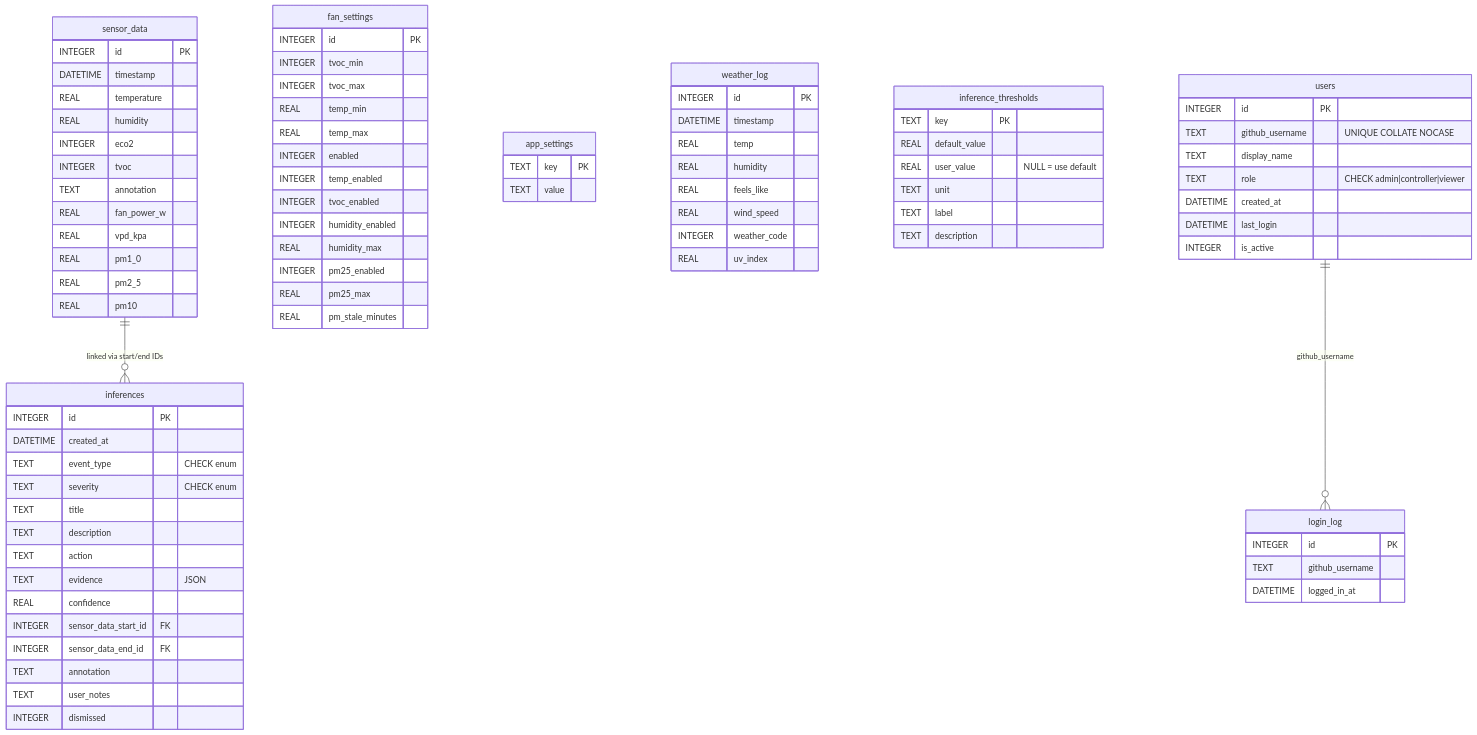
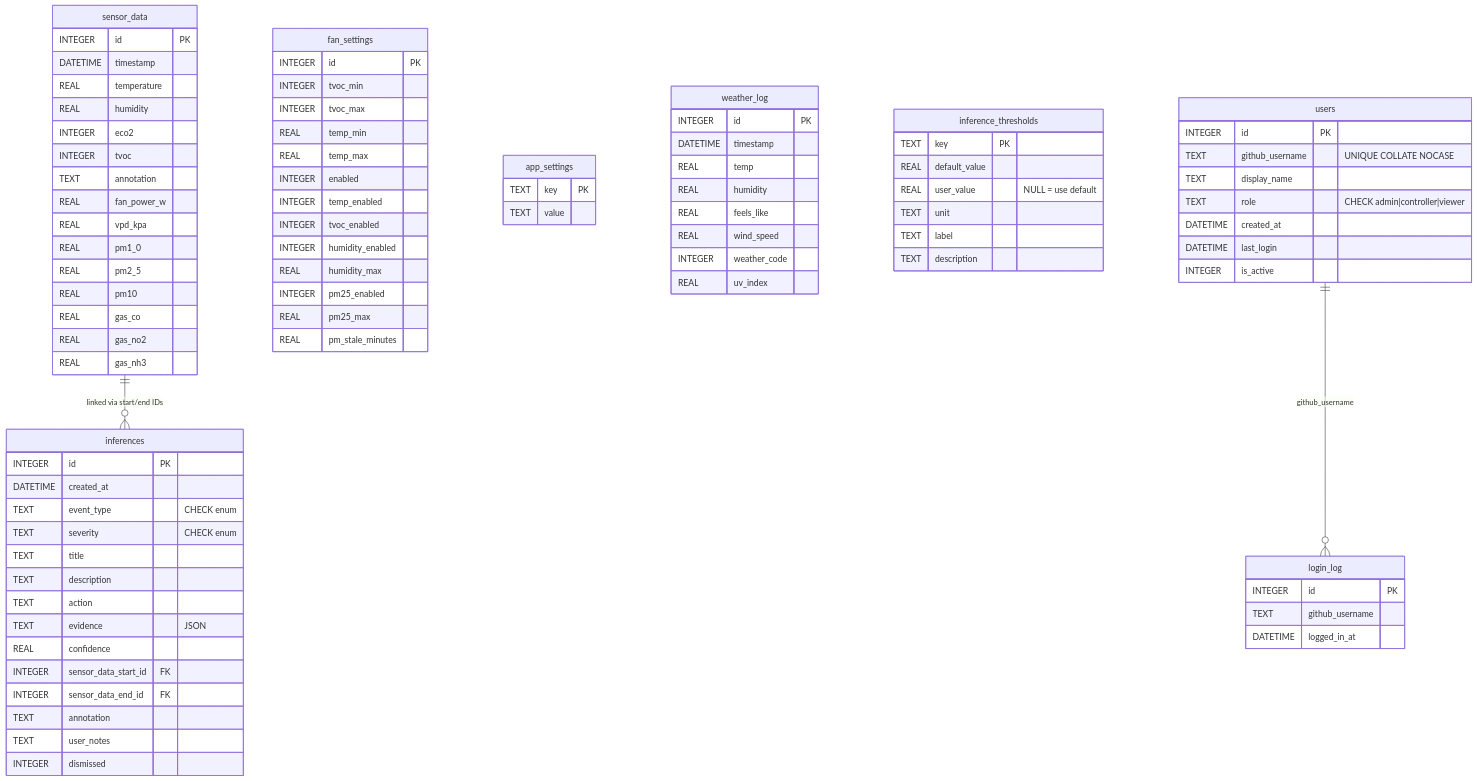
Before and after one commit to Ryan-be/mars-air-quility: the third of 5 diagrams in readme.md, drawn with Mermaid. The commit also changed other lines of this file and 15 other files, not shown here.

```diff
--- a/readme.md
+++ b/readme.md
@@ -251,6 +268,9 @@
         REAL pm1_0
         REAL pm2_5
         REAL pm10
+        REAL gas_co
+        REAL gas_no2
+        REAL gas_nh3
     }
 
     fan_settings {
```
